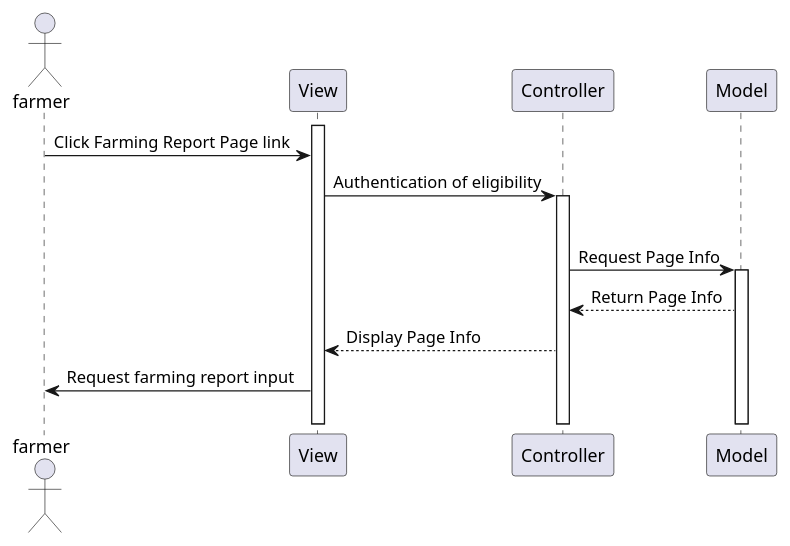
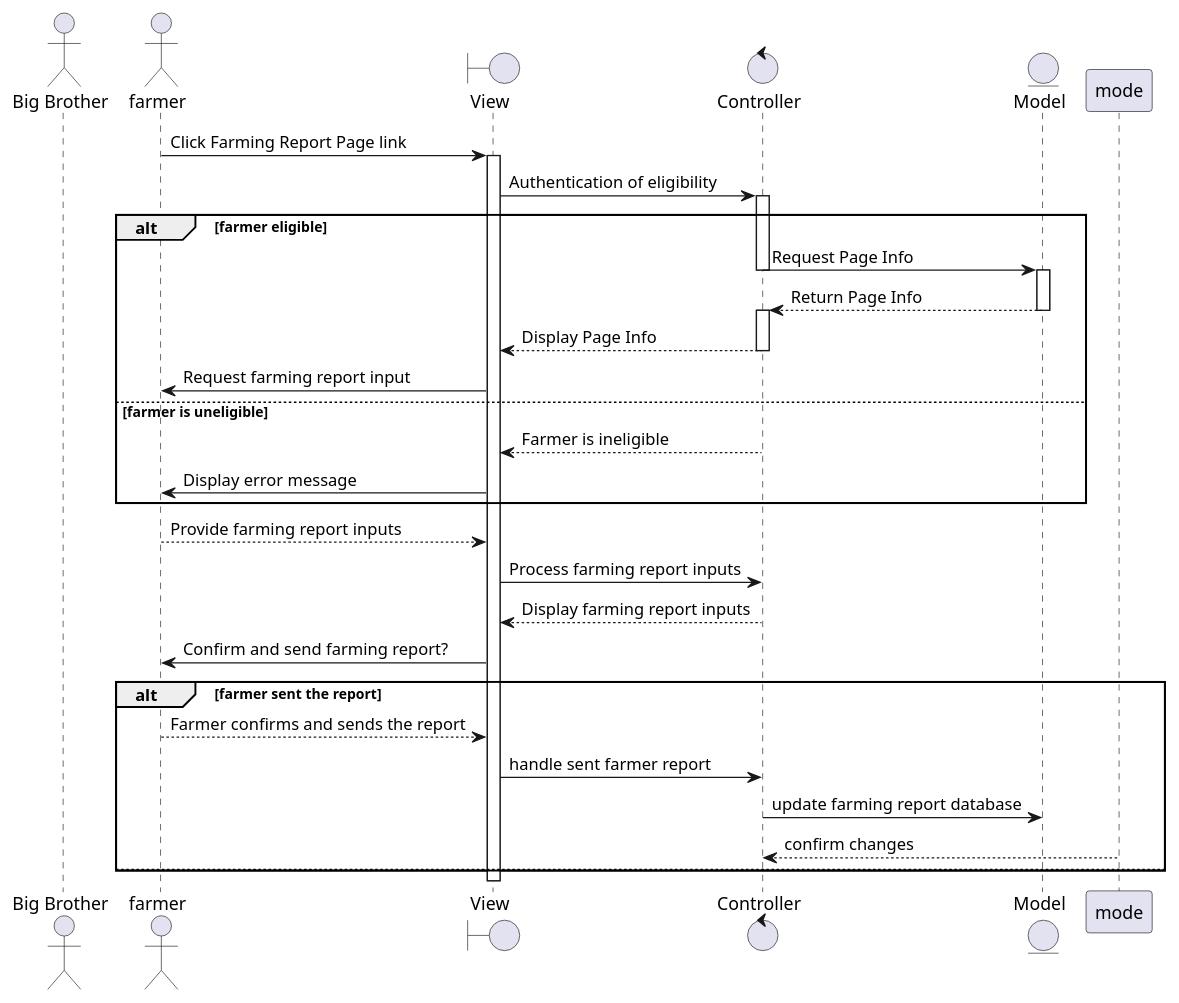
The diagram in plantuml/proposed/sequence/overview-report.wsd (radical-doubting/anikultura-diagrams), drawn with PlantUML before and after one commit. The commit also changed 11 other files, not shown here.

Commit message:
State diagram and rendered images

```diff
--- a/plantuml/proposed/sequence/overview-report.wsd
+++ b/plantuml/proposed/sequence/overview-report.wsd
@@ -1,27 +1,57 @@
 @startuml
 
+actor "Big Brother" as bigbro
 actor farmer as farmer 
-participant View as view
-participant Controller as controller
-participant Model as model
+boundary View as view
+control Controller as controller
+entity Model as model
 
+
+
+farmer -> view : Click Farming Report Page link
 activate view
+view -> controller: Authentication of eligibility
+activate controller
 
-    farmer -> view : Click Farming Report Page link
-    view -> controller: Authentication of eligibility
-    activate controller
-    alt farmer eligible
+alt farmer eligible
+
     controller -> model: Request Page Info
+    deactivate controller
     activate model
     model --> controller: Return Page Info
+    deactivate model
+    activate controller
     controller --> view: Display Page Info
+    deactivate controller
+
     view -> farmer: Request farming report input
+    
+else farmer is uneligible
+    controller --> view: Farmer is ineligible
+    view -> farmer: Display error message
+end
 
-else view ->
+farmer --> view: Provide farming report inputs
+view -> controller: Process farming report inputs
+controller --> view: Display farming report inputs
+view -> farmer: Confirm and send farming report?
+
+alt farmer sent the report
+
+    farmer --> view: Farmer confirms and sends the report
+    view -> controller: handle sent farmer report
+    controller -> model: update farming report database
+    mode --> controller: confirm changes
+else
+
+
+end
+
+
 
 
 
 
 
 
 @enduml
```
